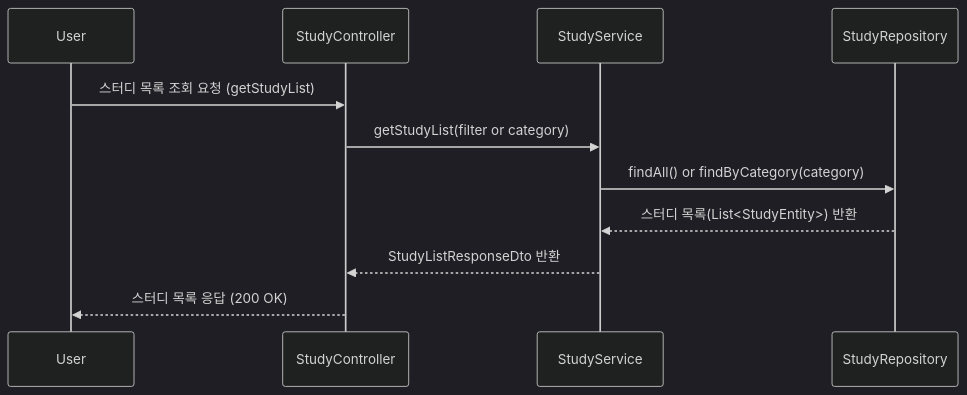
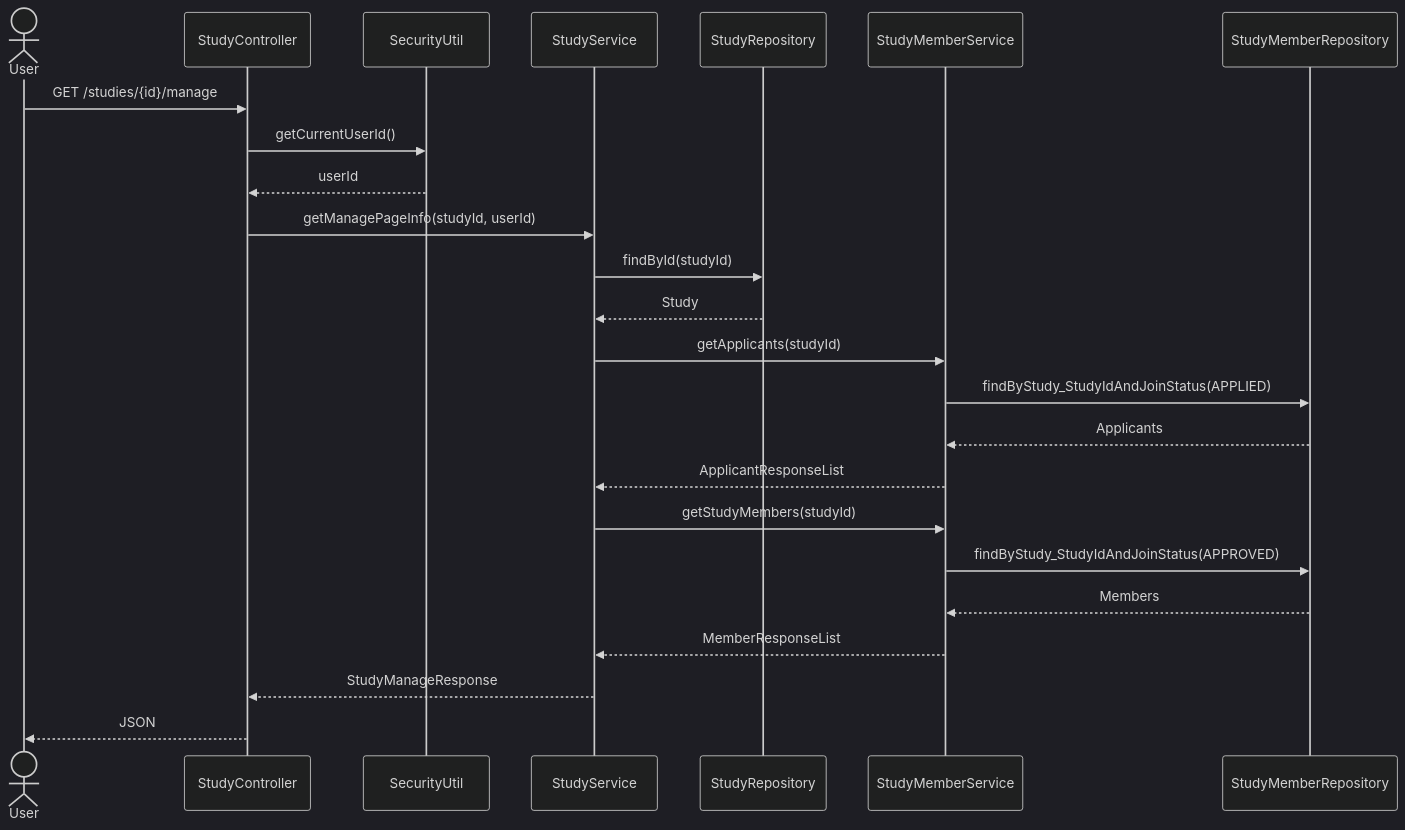
Before and after one commit to OHWCH/se_dev: diagram 16 of 47 in SDS_[깃라잡이].md, drawn with Mermaid (dark theme). The commit also changed other lines of this file, not shown here.

Commit message:
스터디 시퀀스 다이어그램

````diff
--- a/SDS_[깃라잡이].md
+++ b/SDS_[깃라잡이].md
@@ -4975,15 +4989,27 @@
 ```mermaid
 sequenceDiagram
-    participant User
-    participant StudyController
-    participant StudyService
-    participant StudyRepository
+    actor User
+    User ->> StudyController: GET /studies/{id}/manage
+    StudyController ->> SecurityUtil: getCurrentUserId()
+    SecurityUtil -->> StudyController: userId
 
-    User->>StudyController: 스터디 목록 조회 요청 (getStudyList)
-    StudyController->>StudyService: getStudyList(filter or category)
-    StudyService->>StudyRepository: findAll() or findByCategory(category)
-    StudyRepository-->>StudyService: 스터디 목록(List<StudyEntity>) 반환
-    StudyService-->>StudyController: StudyListResponseDto 반환
-    StudyController-->>User: 스터디 목록 응답 (200 OK)
+    StudyController ->> StudyService: getManagePageInfo(studyId, userId)
+    StudyService ->> StudyRepository: findById(studyId)
+    StudyRepository -->> StudyService: Study
+
+    StudyService ->> StudyMemberService: getApplicants(studyId)
+    StudyMemberService ->> StudyMemberRepository: findByStudy_StudyIdAndJoinStatus(APPLIED)
+    StudyMemberRepository -->> StudyMemberService: Applicants
+
+    StudyMemberService -->> StudyService: ApplicantResponseList
+
+    StudyService ->> StudyMemberService: getStudyMembers(studyId)
+    StudyMemberService ->> StudyMemberRepository: findByStudy_StudyIdAndJoinStatus(APPROVED)
+    StudyMemberRepository -->> StudyMemberService: Members
+
+    StudyMemberService -->> StudyService: MemberResponseList
+
+    StudyService -->> StudyController: StudyManageResponse
+    StudyController -->> User: JSON
 
 ```
````
